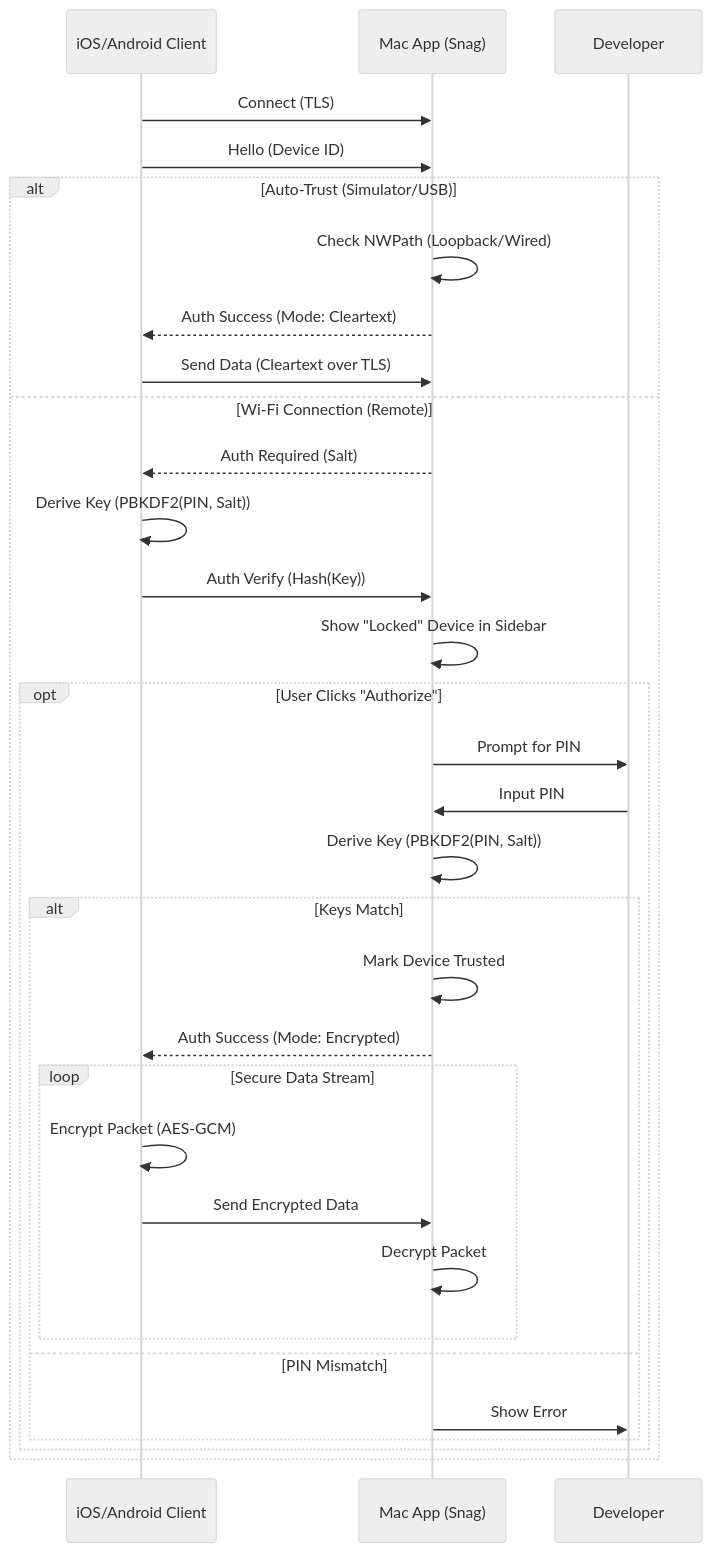
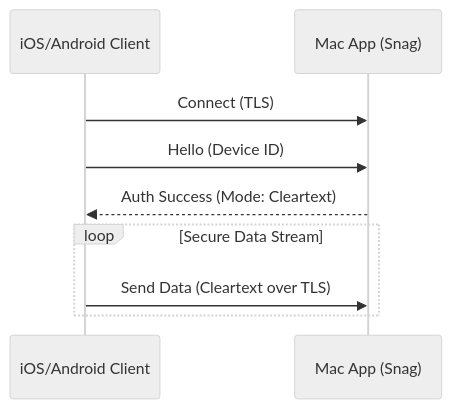
Before and after one commit to thanhcuong1990/Snag: the diagram in README.md, drawn with Mermaid (neutral theme). The commit also changed other lines of this file and 42 other files, not shown here.

First line of the commit message:
feat: replace PIN-based pairing with TLS-based TOFU (Trust On First Use) security model

````diff
--- a/README.md
+++ b/README.md
@@ -43,39 +36,12 @@
 ```mermaid
 sequenceDiagram
     participant Client as iOS/Android Client
     participant Server as Mac App (Snag)
-    participant User as Developer
 
     Client->>Server: Connect (TLS)
     Client->>Server: Hello (Device ID)
-
-    alt Auto-Trust (Simulator/USB)
-        Server->>Server: Check NWPath (Loopback/Wired)
-        Server-->>Client: Auth Success (Mode: Cleartext)
+    Server-->>Client: Auth Success (Mode: Cleartext)
+    loop Secure Data Stream
         Client->>Server: Send Data (Cleartext over TLS)
-    else Wi-Fi Connection (Remote)
-        Server-->>Client: Auth Required (Salt)
-        Client->>Client: Derive Key (PBKDF2(PIN, Salt))
-        Client->>Server: Auth Verify (Hash(Key))
-
-        Server->>Server: Show "Locked" Device in Sidebar
-
-        opt User Clicks "Authorize"
-            Server->>User: Prompt for PIN
-            User->>Server: Input PIN
-            Server->>Server: Derive Key (PBKDF2(PIN, Salt))
-
-            alt Keys Match
-                Server->>Server: Mark Device Trusted
-                Server-->>Client: Auth Success (Mode: Encrypted)
-                loop Secure Data Stream
-                    Client->>Client: Encrypt Packet (AES-GCM)
-                    Client->>Server: Send Encrypted Data
-                    Server->>Server: Decrypt Packet
-                end
-            else PIN Mismatch
-                 Server->>User: Show Error
-            end
-        end
     end
 ```
````
